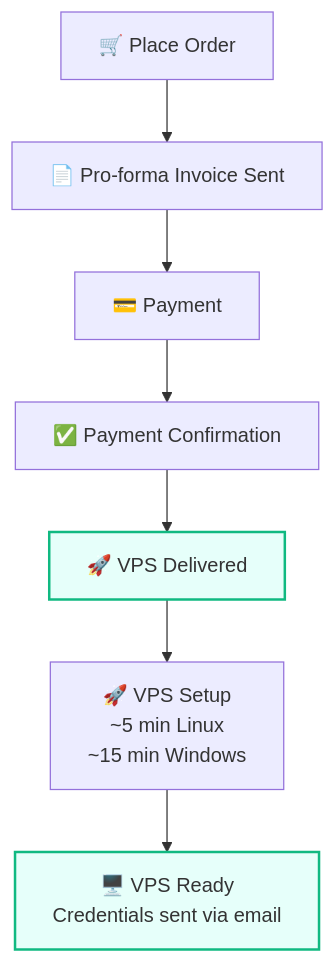
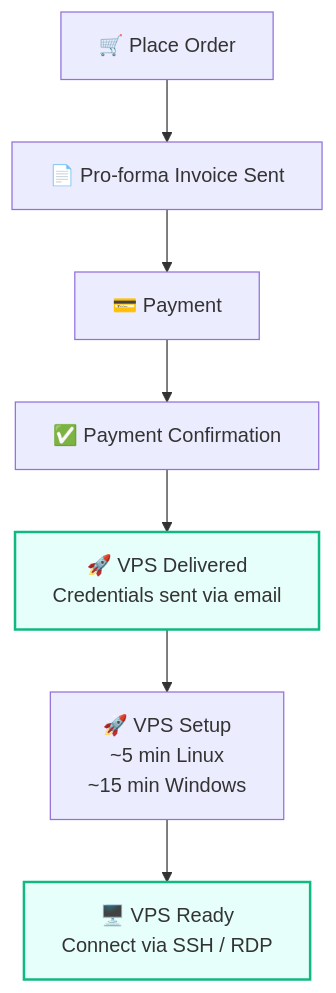
Before and after one commit to gExPl0ReR/docs: the diagram in faq/billing-lifecycle/how-fast-instant-delivery.mdx, drawn with Mermaid.

Commit message:
Clarify VPS delivery and ready states in billing FAQ

````diff
--- a/faq/billing-lifecycle/how-fast-instant-delivery.mdx
+++ b/faq/billing-lifecycle/how-fast-instant-delivery.mdx
@@ -23,11 +23,11 @@
 ```mermaid
 flowchart TD
     A["🛒 Place Order"] --> B["📄 Pro-forma Invoice Sent"]
     B --> C["💳 Payment"]
     C --> D["✅ Payment Confirmation"]
-    D --> E["🚀 VPS Delivered"]
+    D --> E["🚀 VPS Delivered <br> Credentials sent via email"]
     E --> F["🚀 VPS Setup<br/>~5 min Linux <br> ~15 min Windows"]
-    F --> G["🖥️ VPS Ready<br/>Credentials sent via email"]
+    F --> G["🖥️ VPS Ready<br>Connect via SSH / RDP"]
     style E fill:#e6fffa,stroke:#10b981,stroke-width:2px
     style G fill:#e6fffa,stroke:#10b981,stroke-width:2px
 ```
````
